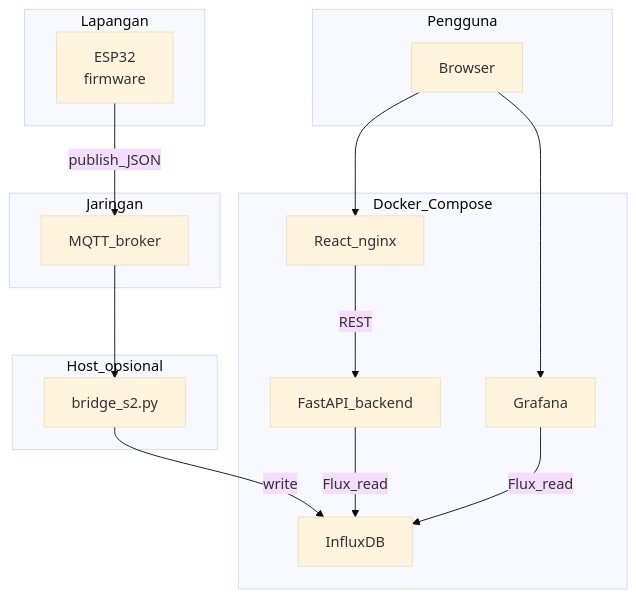
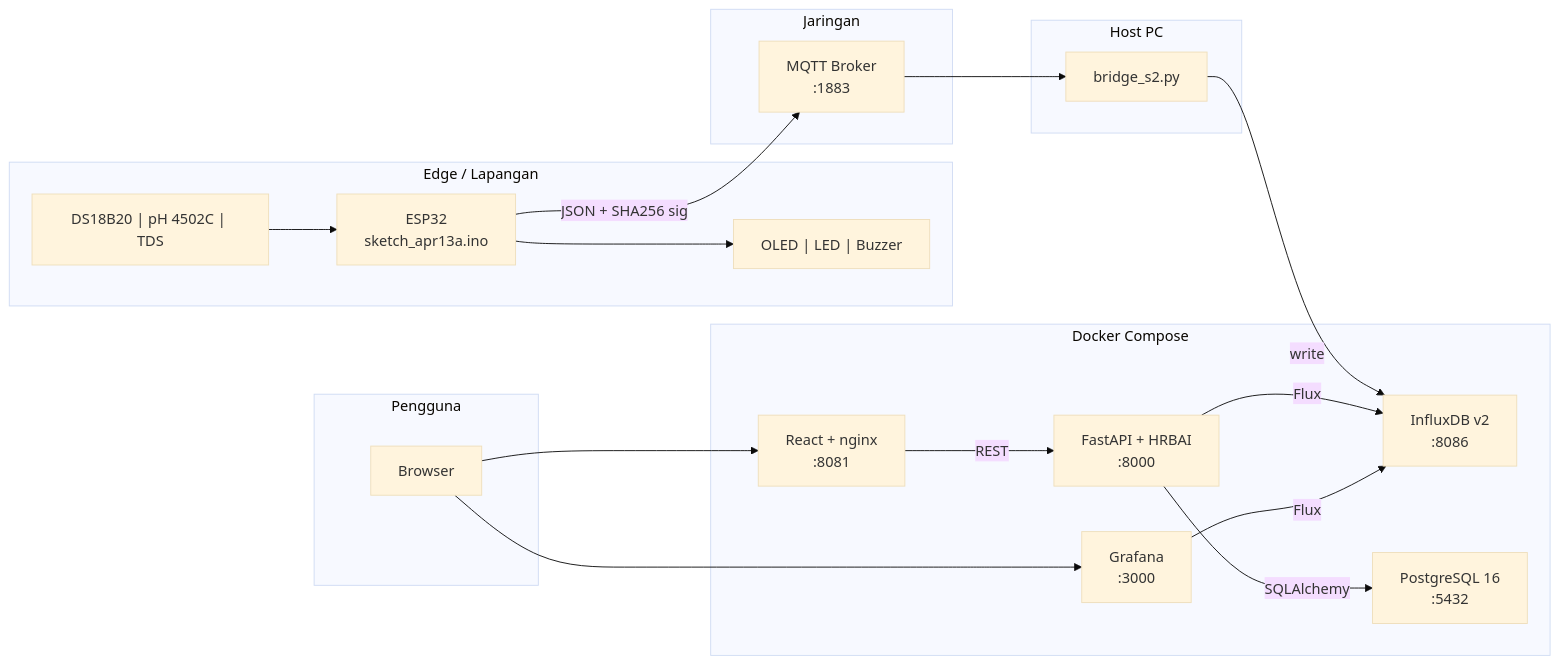
One commit to teh05/sketch_apr13a changed the diagram in README.md. Above: the diagram before and after it, drawn with Mermaid (base theme). The commit also changed other lines of this file and 4 other files, not shown here.

Commit message:
architecture-summary

````diff
--- a/README.md
+++ b/README.md
@@ -11,30 +11,39 @@
 ```mermaid
-flowchart TB
-  subgraph sense [Lapangan]
-    ESP32["ESP32\nfirmware"]
+flowchart LR
+  subgraph EDGE["Edge / Lapangan"]
+    ESP32["ESP32\nsketch_apr13a.ino"]
+    SENS["DS18B20 | pH 4502C | TDS"]
+    OLED["OLED | LED | Buzzer"]
+    SENS --> ESP32 --> OLED
   end
-  subgraph net [Jaringan]
-    MQTT["MQTT_broker"]
+
+  subgraph NET["Jaringan"]
+    MQTT["MQTT Broker\n:1883"]
   end
-  subgraph host [Host_opsional]
+
+  subgraph HOST["Host PC"]
     Bridge["bridge_s2.py"]
   end
-  subgraph docker [Docker_Compose]
-    Influx["InfluxDB"]
-    Grafana["Grafana"]
-    Backend["FastAPI_backend"]
-    Front["React_nginx"]
+
+  subgraph DOCKER["Docker Compose"]
+    Influx["InfluxDB v2\n:8086"]
+    PG["PostgreSQL 16\n:5432"]
+    Backend["FastAPI + HRBAI\n:8000"]
+    Front["React + nginx\n:8081"]
+    Grafana["Grafana\n:3000"]
   end
-  subgraph user [Pengguna]
+
+  subgraph USER["Pengguna"]
     Browser["Browser"]
   end
 
-  ESP32 -->|"publish_JSON"| MQTT
+  ESP32 -->|"JSON + SHA256 sig"| MQTT
   MQTT --> Bridge
   Bridge -->|"write"| Influx
-  Backend -->|"Flux_read"| Influx
-  Grafana -->|"Flux_read"| Influx
+  Backend -->|"Flux"| Influx
+  Backend -->|"SQLAlchemy"| PG
+  Grafana -->|"Flux"| Influx
   Browser --> Front
   Browser --> Grafana
   Front -->|"REST"| Backend
 ```
````
